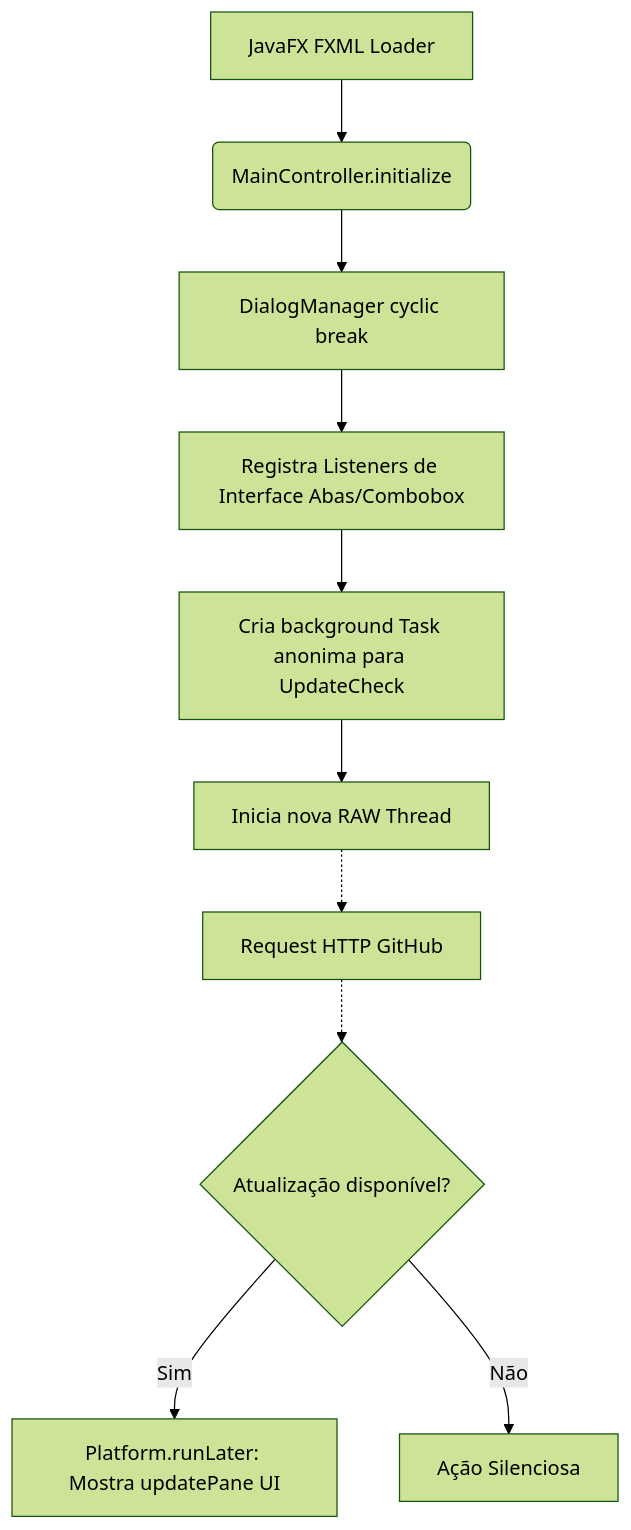
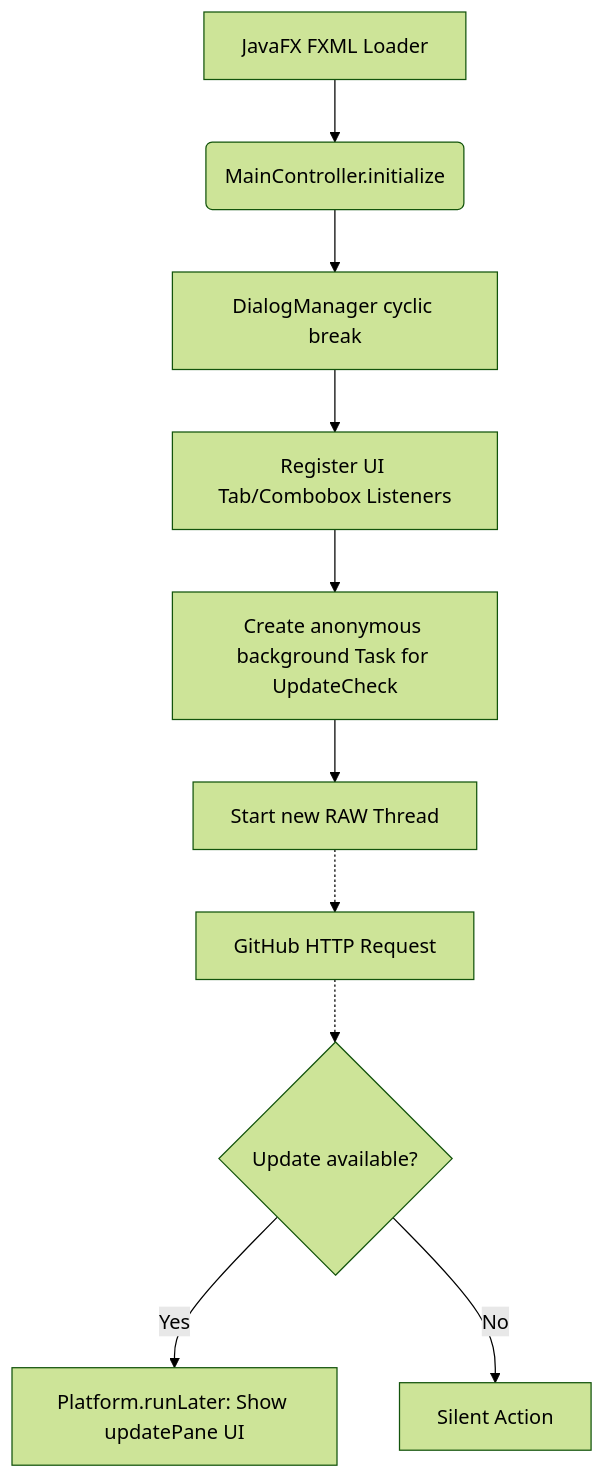
The tenth of 15 diagrams in docs/full-forensic-technical-documentation.md (daniel-chiuratto-seabra/OwlPlug), drawn with Mermaid (forest theme) before and after one commit. The commit also changed other lines of this file, not shown here.

````diff
--- a/docs/full-forensic-technical-documentation.md
+++ b/docs/full-forensic-technical-documentation.md
@@ -395,12 +395,12 @@
 ```mermaid
 flowchart TD
     A[JavaFX FXML Loader] --> B(MainController.initialize)
     B --> C[DialogManager cyclic break]
-    C --> D[Registra Listeners de Interface Abas/Combobox]
-    D --> E[Cria background Task anonima para UpdateCheck]
-    E --> F[Inicia nova RAW Thread]
-    F -.-> G[Request HTTP GitHub]
-    G -.-> H{Atualização disponível?}
-    H -- Sim --> I[Platform.runLater: Mostra updatePane UI]
-    H -- Não --> J[Ação Silenciosa]
+    C --> D[Register UI Tab/Combobox Listeners]
+    D --> E[Create anonymous background Task for UpdateCheck]
+    E --> F[Start new RAW Thread]
+    F -.-> G[GitHub HTTP Request]
+    G -.-> H{Update available?}
+    H -- Yes --> I[Platform.runLater: Show updatePane UI]
+    H -- No --> J[Silent Action]
 ```
````
